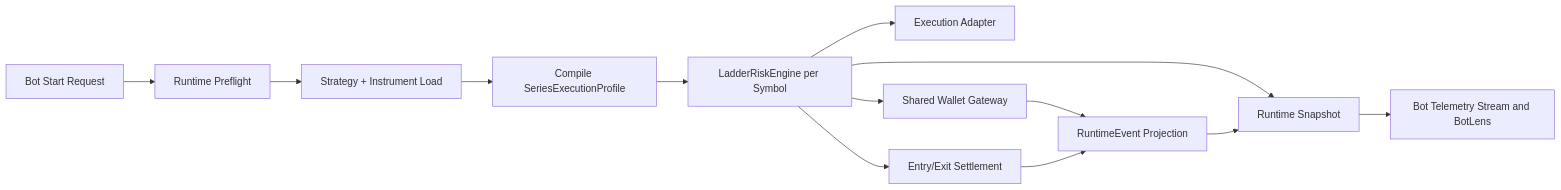
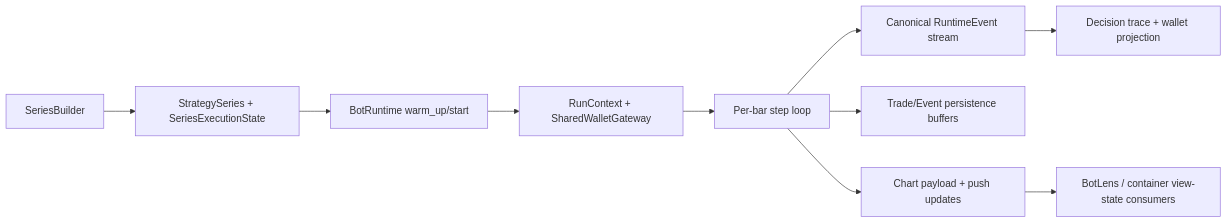
The diagram in docs/architecture/BOT_RUNTIME_ENGINE_ARCHITECTURE.md (elijahbrookss/quant-trad), drawn with Mermaid before and after one commit. The commit also changed other lines of this file and 4 other files, not shown here.

Commit message:
Update bot runtime architecture docs to match current engine, service, and sharding flow

````diff
--- a/docs/architecture/BOT_RUNTIME_ENGINE_ARCHITECTURE.md
+++ b/docs/architecture/BOT_RUNTIME_ENGINE_ARCHITECTURE.md
@@ -183,15 +44,12 @@
 ```mermaid
 flowchart LR
-    A[Bot Start Request] --> B[Runtime Preflight]
-    B --> C[Strategy + Instrument Load]
-    C --> D[Compile SeriesExecutionProfile]
-    D --> E[LadderRiskEngine per Symbol]
-    E --> F[Execution Adapter]
-    E --> G[Shared Wallet Gateway]
-    G --> H[RuntimeEvent Projection]
-    E --> I[Entry/Exit Settlement]
-    I --> H
-    E --> J[Runtime Snapshot]
-    H --> J
-    J --> K[Bot Telemetry Stream and BotLens]
+    A[SeriesBuilder] --> B[StrategySeries + SeriesExecutionState]
+    B --> C[BotRuntime warm_up/start]
+    C --> D[RunContext + SharedWalletGateway]
+    D --> E[Per-bar step loop]
+    E --> F[Canonical RuntimeEvent stream]
+    E --> G[Trade/Event persistence buffers]
+    E --> H[Chart payload + push updates]
+    F --> I[Decision trace + wallet projection]
+    H --> J[BotLens / container view-state consumers]
 ```
````
